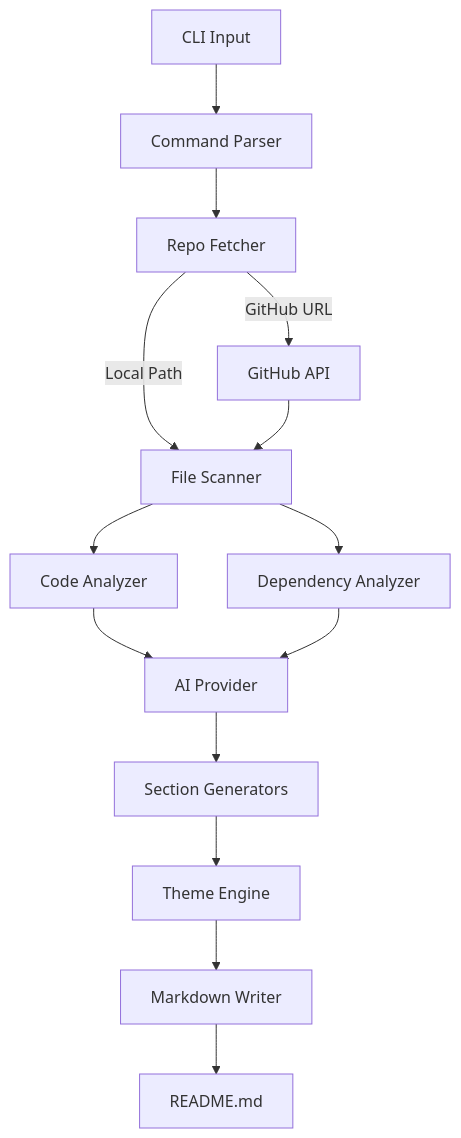
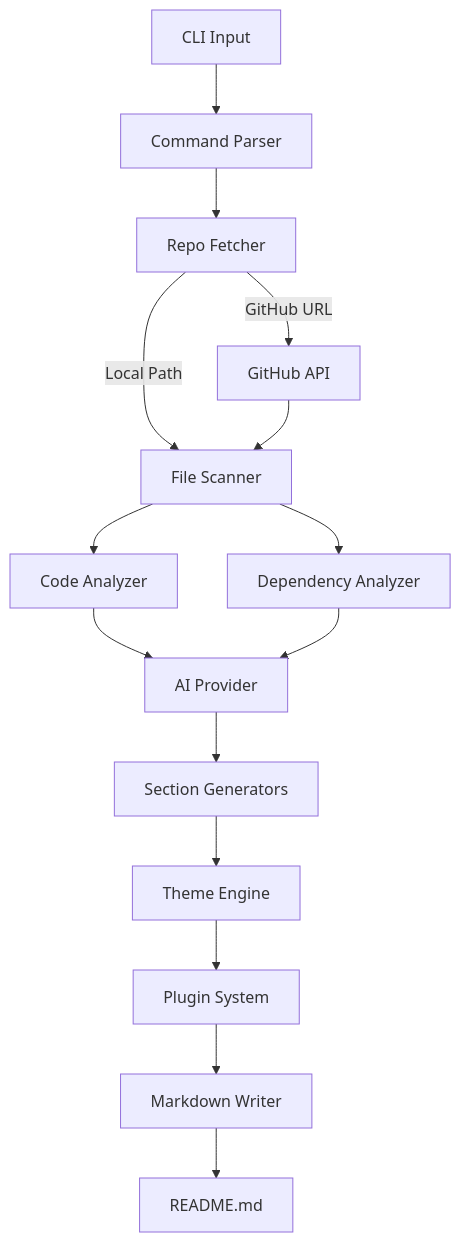
The diagram in README.md (Malikasadjaved/readme-ai), drawn with Mermaid before and after one commit. The commit also changed other lines of this file and 57 other files, not shown here.

First line of the commit message:
feat: v1.2.0 — plugin system, 10+ languages, Husky, CONTRIBUTING, viral SEO

````diff
--- a/README.md
+++ b/README.md
@@ -219,16 +307,17 @@
 ```mermaid
 graph TD
   A[CLI Input] --> B[Command Parser]
   B --> C[Repo Fetcher]
   C -->|Local Path| D[File Scanner]
   C -->|GitHub URL| E[GitHub API]
   E --> D
   D --> F[Code Analyzer]
   D --> G[Dependency Analyzer]
   F --> H[AI Provider]
   G --> H
   H --> I[Section Generators]
   I --> J[Theme Engine]
-  J --> K[Markdown Writer]
-  K --> L[README.md]
+  J --> K[Plugin System]
+  K --> L[Markdown Writer]
+  L --> M[README.md]
 ```
````
